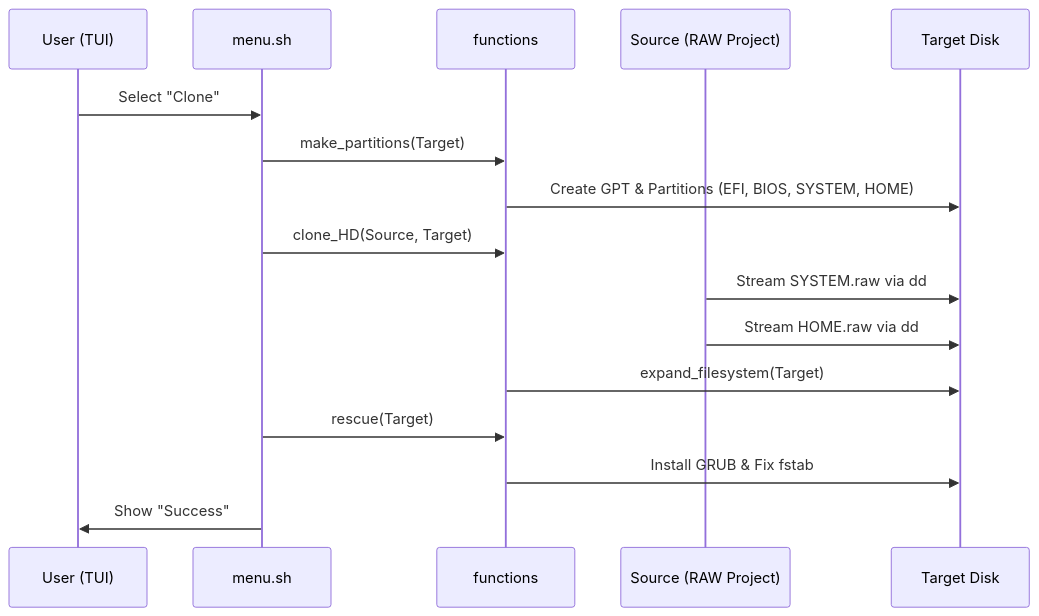
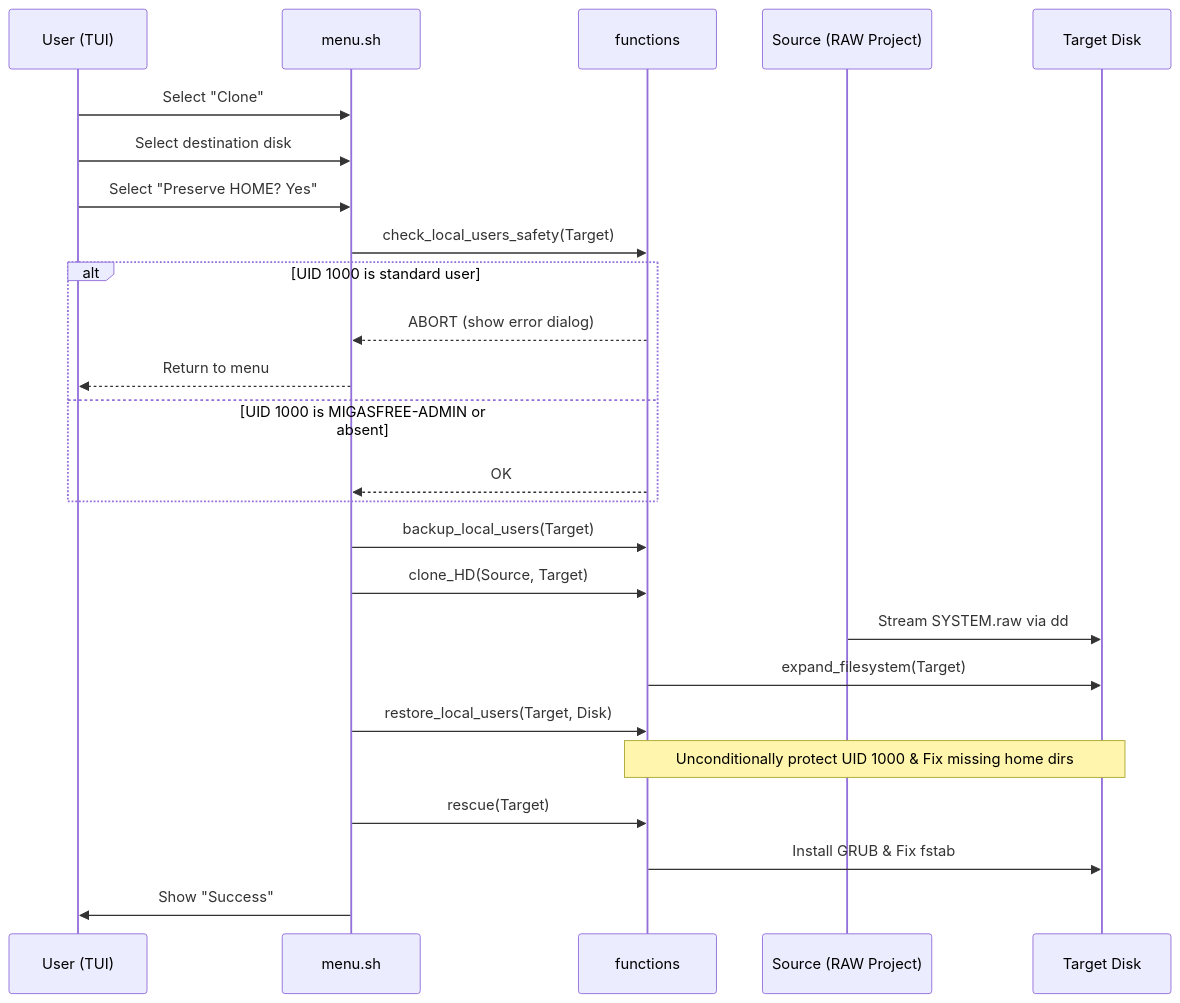
The diagram in docs/architecture.md (migasfree/migasfree-clone-system), drawn with Mermaid before and after one commit. The commit also changed 7 other files, not shown here.

First line of the commit message:
feat(restore-users): unconditionally protect target admin and purge old admin

````diff
--- a/docs/architecture.md
+++ b/docs/architecture.md
@@ -56,19 +56,28 @@
 ```mermaid
 sequenceDiagram
     participant U as User (TUI)
     participant M as menu.sh
     participant F as functions
     participant S as Source (RAW Project)
     participant T as Target Disk
 
     U->>M: Select "Clone"
-    M->>F: make_partitions(Target)
-    F->>T: Create GPT & Partitions (EFI, BIOS, SYSTEM, HOME)
+    U->>M: Select destination disk
+    U->>M: Select "Preserve HOME? Yes"
+    M->>F: check_local_users_safety(Target)
+    alt UID 1000 is standard user
+        F-->>M: ABORT (show error dialog)
+        M-->>U: Return to menu
+    else UID 1000 is MIGASFREE-ADMIN or absent
+        F-->>M: OK
+    end
+    M->>F: backup_local_users(Target)
     M->>F: clone_HD(Source, Target)
     S->>T: Stream SYSTEM.raw via dd
-    S->>T: Stream HOME.raw via dd
     F->>T: expand_filesystem(Target)
+    M->>F: restore_local_users(Target, Disk)
+    Note over F,T: Unconditionally protect UID 1000 & Fix missing home dirs
     M->>F: rescue(Target)
     F->>T: Install GRUB & Fix fstab
     M->>U: Show "Success"
 ```
````
